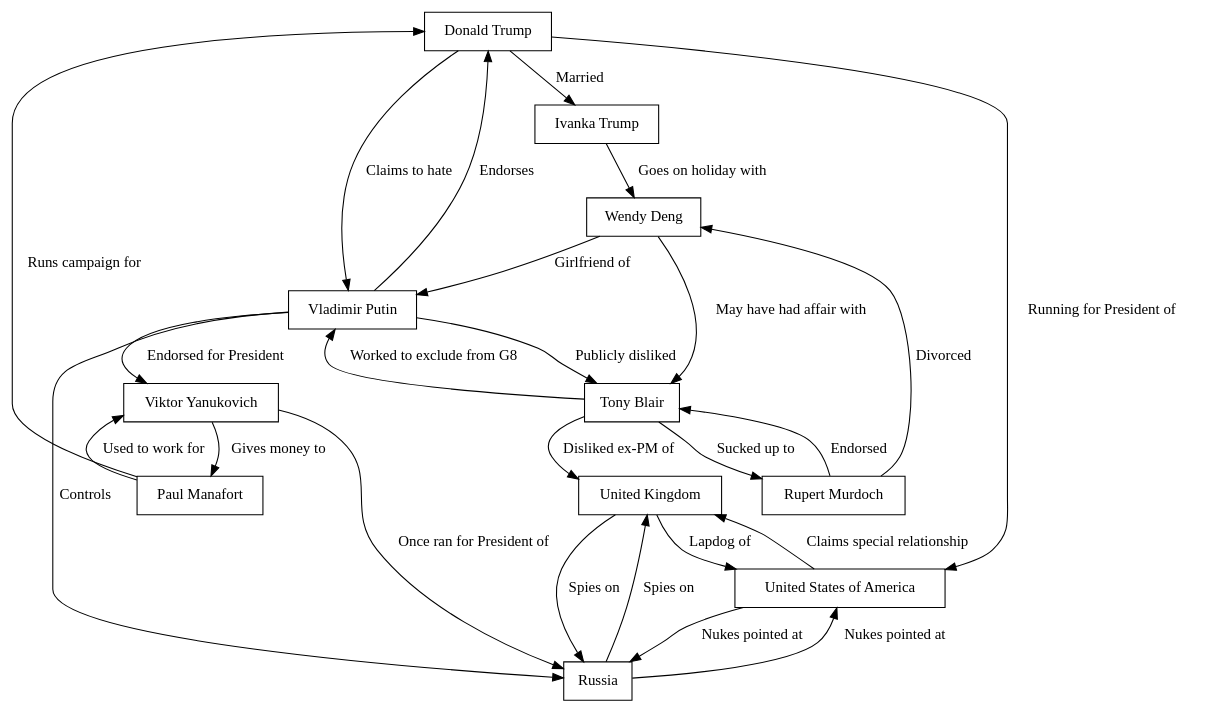
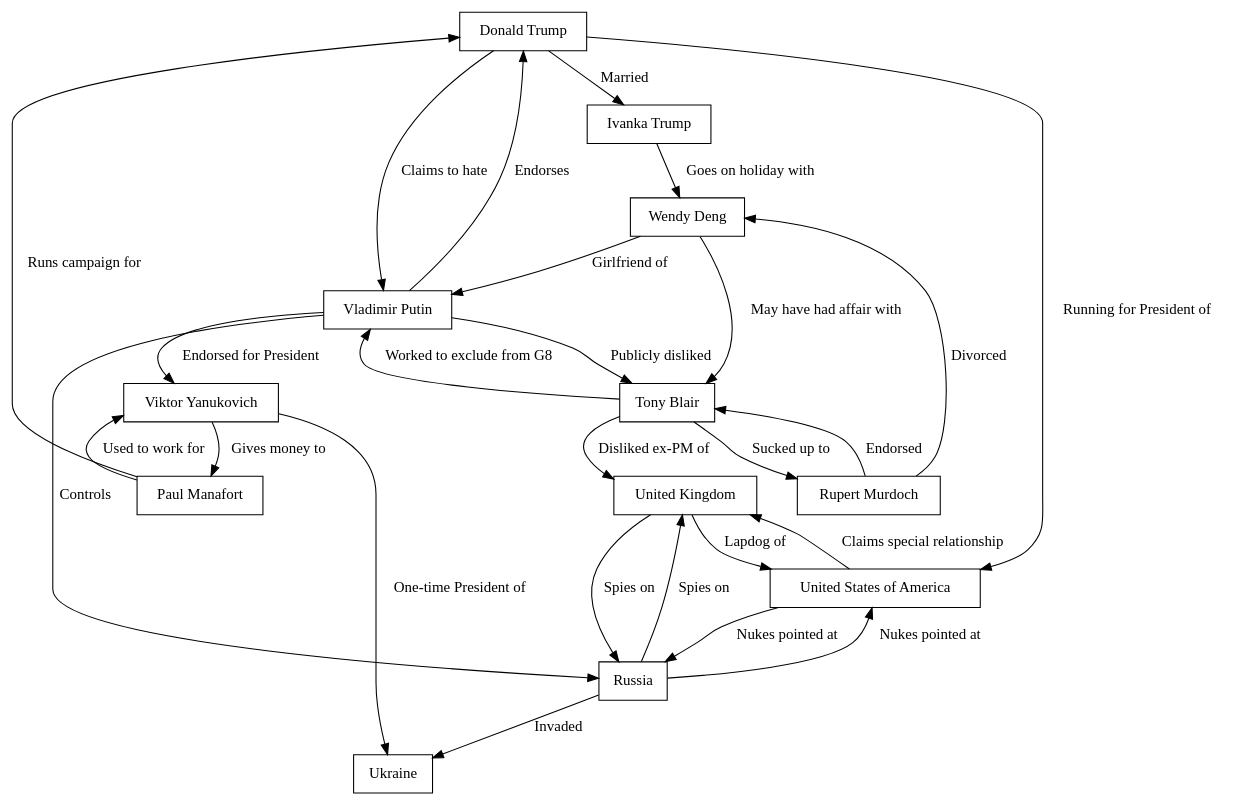
The diagram in conspiracy.dot (p7r/conspiracy), drawn with Graphviz before and after one commit. The commit also changed 1 other file, not shown here.

```diff
--- a/conspiracy.dot
+++ b/conspiracy.dot
@@ -1,44 +1,46 @@
 digraph Conspiracy {
   graph[fontname="arial"];
   node[shape=box];
 
   trump -> ivanka [label="Married"];
   trump -> putin [label="Claims to hate"];
   trump -> whitehouse [label="Running for President of"];
   manafort -> trump [label="Runs campaign for"];
   manafort -> yanukovich [label="Used to work for"];
   yanukovich -> manafort [label="Gives money to"];
   putin -> yanukovich [label="Endorsed for President"];
-  yanukovich -> russia [label="Once ran for President of"];
+  yanukovich -> ukraine [label="One-time President of"];
+  russia -> ukraine [label="Invaded"];
   putin -> trump [label="Endorses"];
   putin -> russia [label="Controls"];
   ivanka -> wendy [label="Goes on holiday with"];
   wendy -> putin [label="Girlfriend of"];
   wendy -> blair [label="May have had affair with"];
 
   blair -> ukplc [label="Disliked ex-PM of"];
   murdoch -> wendy [label="Divorced"];
   murdoch -> blair [label="Endorsed"];
   blair -> murdoch [label="Sucked up to"];
   blair -> putin [label="Worked to exclude from G8"];
   putin -> blair [label="Publicly disliked"];
   whitehouse -> russia [label="Nukes pointed at"];
   russia -> whitehouse [label="Nukes pointed at"];
   whitehouse -> ukplc [label="Claims special relationship"];
   ukplc -> whitehouse [label="Lapdog of"];
   ukplc -> russia [label="Spies on"];
   russia -> ukplc [label="Spies on"];
 
   trump [label="Donald Trump"];
   ivanka [label="Ivanka Trump"];
   putin [label="Vladimir Putin"];
   wendy [label="Wendy Deng"];
   murdoch [label="Rupert Murdoch"];
   blair [label="Tony Blair"];
   ukplc [label="United Kingdom"];
   whitehouse [label="United States of America"];
   russia [label="Russia"];
+  ukraine [label="Ukraine"];
   manafort [label="Paul Manafort"];
   yanukovich [label="Viktor Yanukovich"];
 
 }
```
